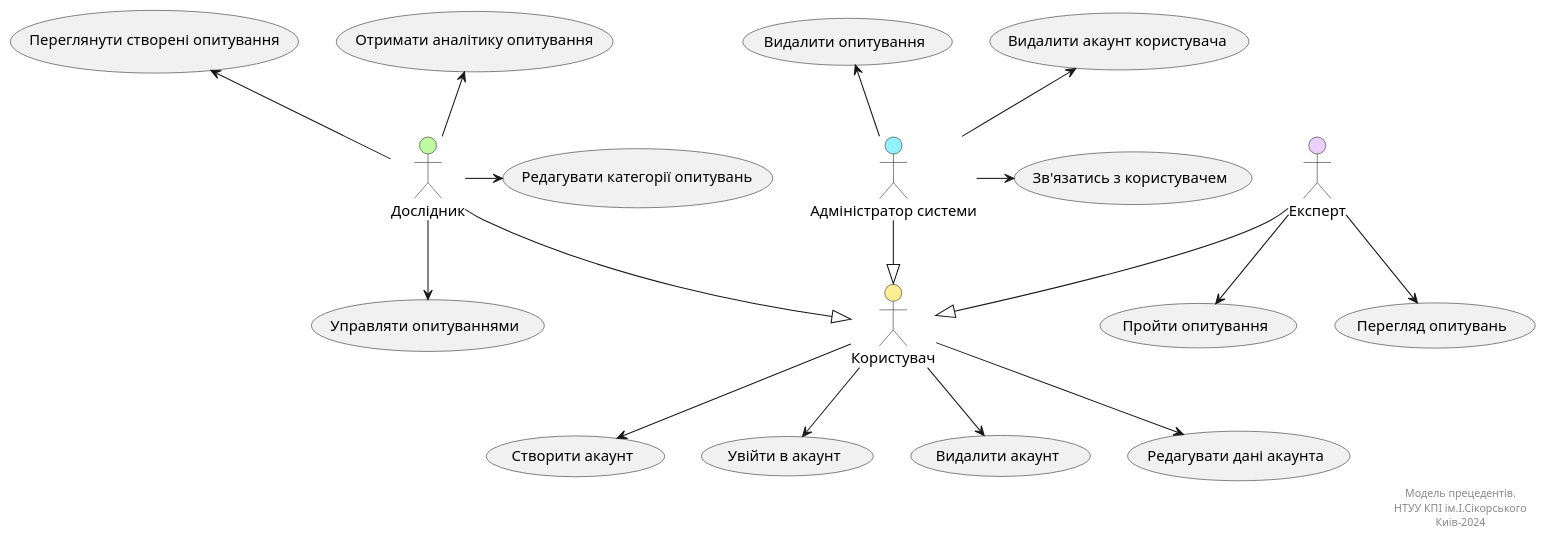
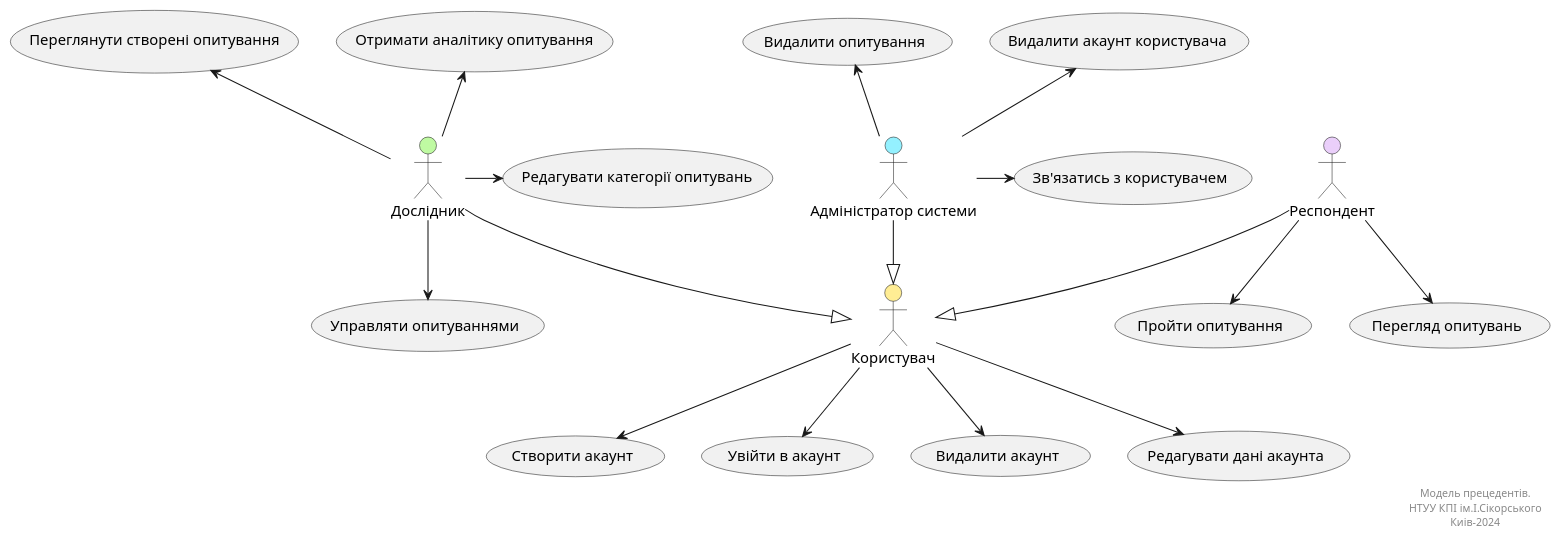
One commit to generalmaks/db_labs changed the first of 2 diagrams in docs/use_cases.md. Above: the diagram before and after it, drawn with PlantUML.

Commit message:
Update diagram

````diff
--- a/docs/use_cases.md
+++ b/docs/use_cases.md
@@ -11,55 +11,55 @@
 ```plantuml
 @startuml
 
     actor "Користувач" as User #ffed94
     actor "Дослідник" as Researcher #bffaa2
-    actor "Експерт" as Expert #eacffa
+    actor "Респондент" as Respondent #eacffa
     actor "Адміністратор системи" as Admin #94f1ff
     
     usecase "Створити акаунт" as UC_1.1
     usecase "Увійти в акаунт" as UC_1.2  
     usecase "Видалити акаунт" as UC_1.3
     usecase "Редагувати дані акаунта" as UC_1.4
     
     usecase "Управляти опитуваннями" as UC_2.1    
     usecase "Отримати аналітику опитування" as UC_2.4
     usecase "Переглянути створені опитування" as UC_2.5
     usecase "Редагувати категорії опитувань" as UC_2.6
     
     usecase "Пройти опитування" as UC_3.1
     usecase "Перегляд опитувань" as UC_3.2
     
     usecase "Видалити акаунт користувача" as UC_4.1
     usecase "Зв'язатись з користувачем" as UC_4.2
     usecase "Видалити опитування" as UC_4.3
 
     User --> UC_1.1
     User --> UC_1.2
     User --> UC_1.3
     User --> UC_1.4
     
     Researcher --|> User 
-    Expert --|> User
+    Respondent --|> User
     Admin --|> User
     
     Researcher --> UC_2.1
     Researcher -up-> UC_2.4
     Researcher -up-> UC_2.5
     Researcher -> UC_2.6
     
-    Expert --> UC_3.1
-    Expert --> UC_3.2
+    Respondent --> UC_3.1
+    Respondent --> UC_3.2
     
     
     Admin -up-> UC_4.1
     Admin -> UC_4.2
     Admin -up-> UC_4.3
     
     right footer
         Модель прецедентів.
         НТУУ КПІ ім.І.Сікорського
         Киів-2024
     end footer
 
 @enduml
 ```
````
